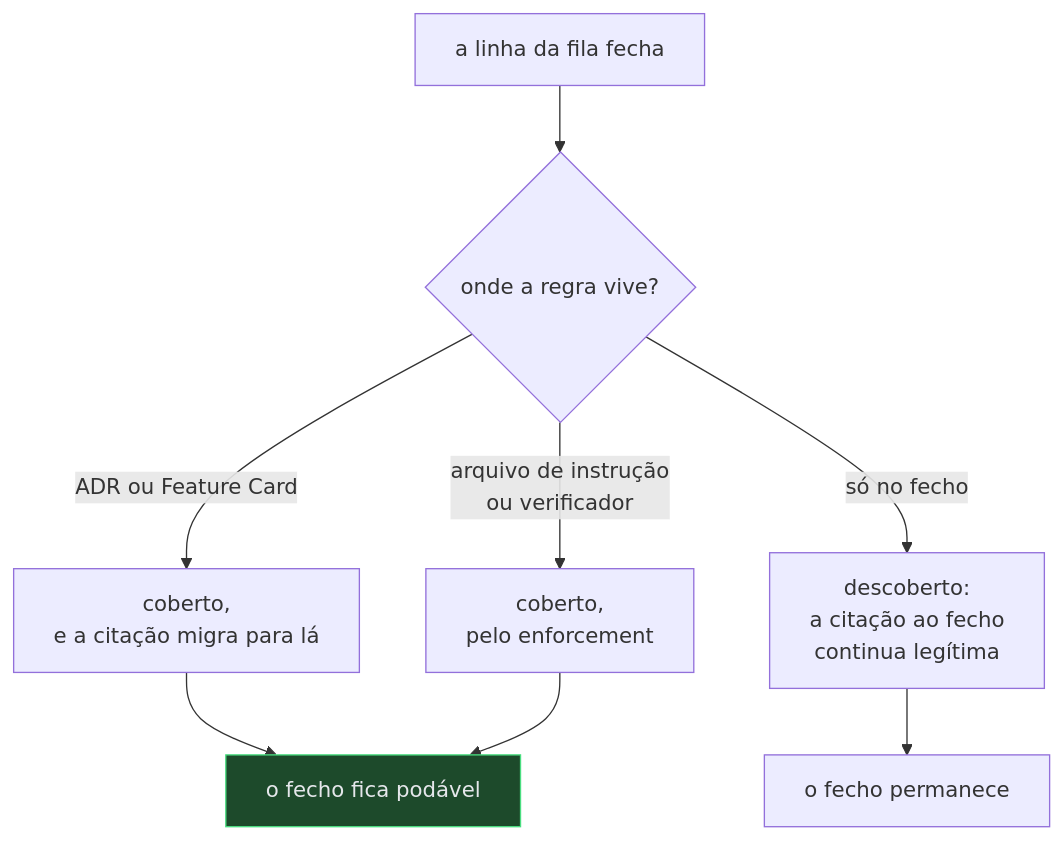
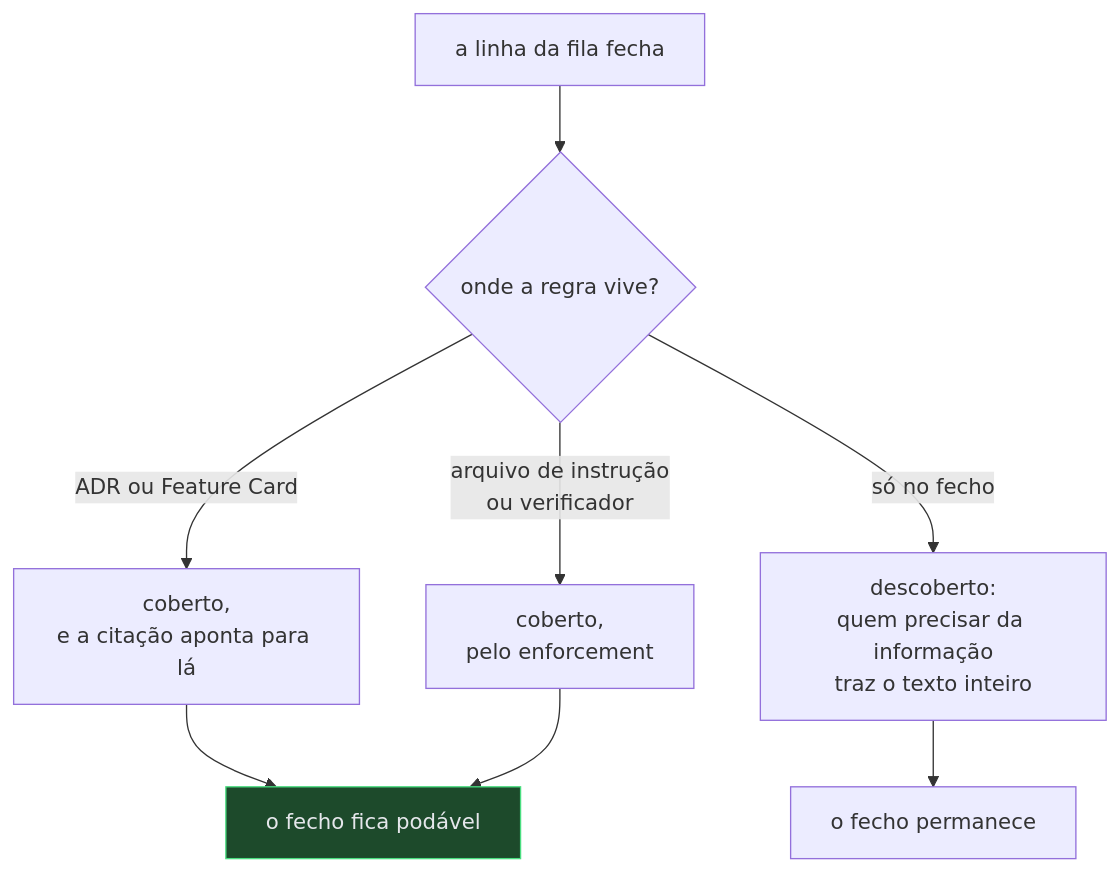
Before and after one commit to da0hn/distributed-systems-experiment-lab: the second of 7 diagrams in docs/specification-process.md, drawn with Mermaid. The commit also changed other lines of this file and 2 other files, not shown here.

````diff
--- a/docs/specification-process.md
+++ b/docs/specification-process.md
@@ -106,11 +109,11 @@
 ```mermaid
 flowchart TD
   F["a linha da fila fecha"] --> Q{"onde a regra vive?"}
-  Q -->|" ADR ou Feature Card "| A["coberto,<br/>e a citação migra para lá"]
+  Q -->|" ADR ou Feature Card "| A["coberto,<br/>e a citação aponta para lá"]
   Q -->|" arquivo de instrução<br/>ou verificador "| B["coberto,<br/>pelo enforcement"]
-  Q -->|" só no fecho "| C["descoberto:<br/>a citação ao fecho<br/>continua legítima"]
+  Q -->|" só no fecho "| C["descoberto:<br/>quem precisar da informação<br/>traz o texto inteiro"]
   A --> P["o fecho fica podável"]
   B --> P
   C --> E["o fecho permanece"]
   style P fill:#1d4a2b, stroke:#4ade80, color:#e5e7eb
 ```
````
